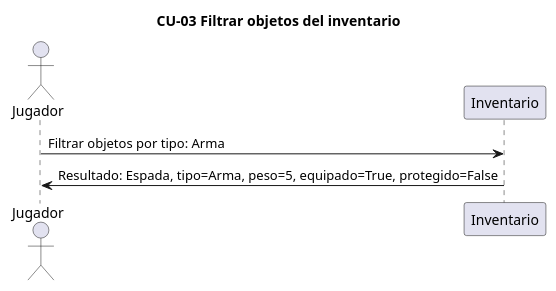
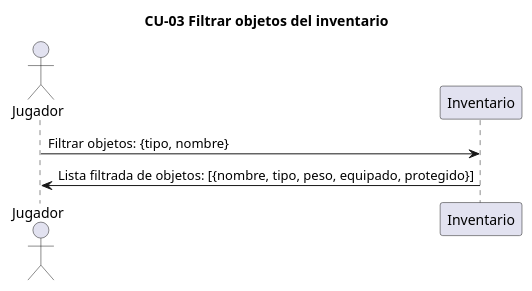
Before and after one commit to Samuel-uxn/analisis-final-g02: the diagram in salida/diagramas/04_secuencia_CU-03.puml, drawn with PlantUML. The commit also changed 21 other files, not shown here.

```diff
--- a/salida/diagramas/04_secuencia_CU-03.puml
+++ b/salida/diagramas/04_secuencia_CU-03.puml
@@ -1,9 +1,9 @@
 @startuml
 ' Generado por spec2code. Es una PROPUESTA del pipeline: audítala contra la spec.
 title CU-03 Filtrar objetos del inventario
 actor "Jugador" as P1
 participant "Inventario" as P2
 
-P1 -> P2 : Filtrar objetos por tipo: Arma
-P2 -> P1 : Resultado: Espada, tipo=Arma, peso=5, equipado=True, protegido=False
+P1 -> P2 : Filtrar objetos: {tipo, nombre}
+P2 -> P1 : Lista filtrada de objetos: [{nombre, tipo, peso, equipado, protegido}]
 @enduml
```
